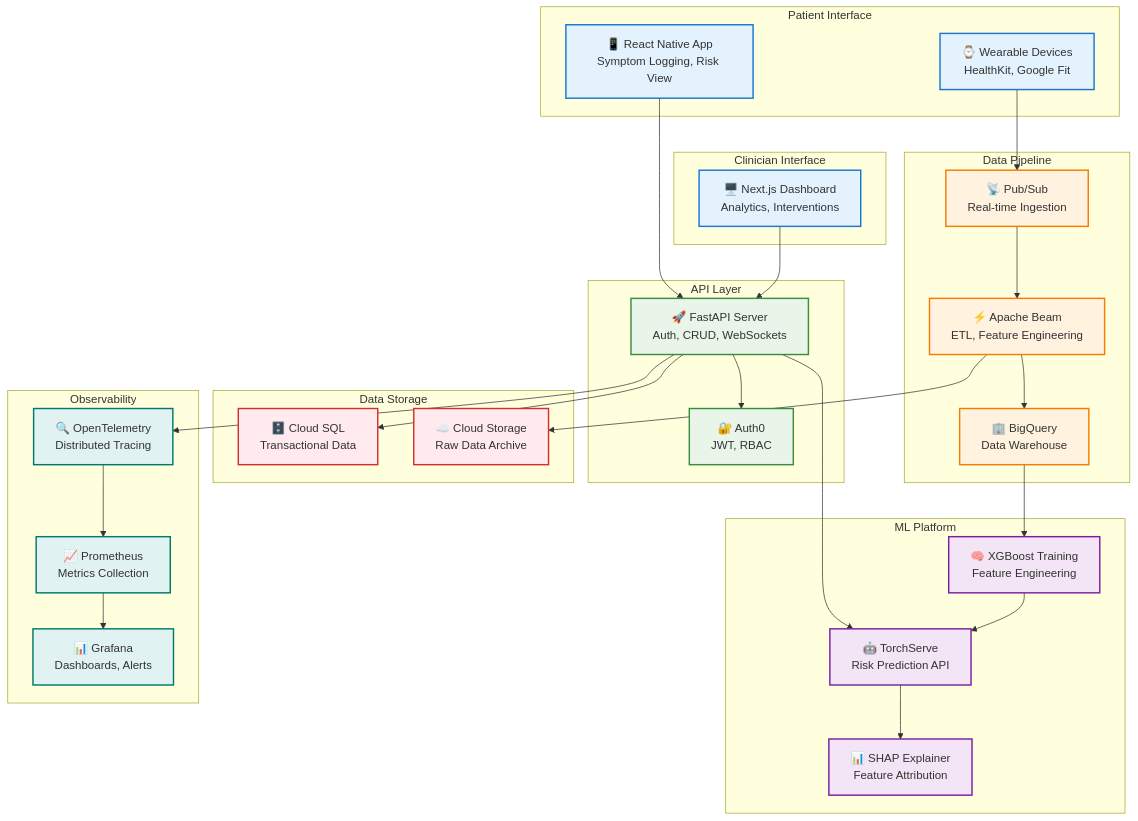
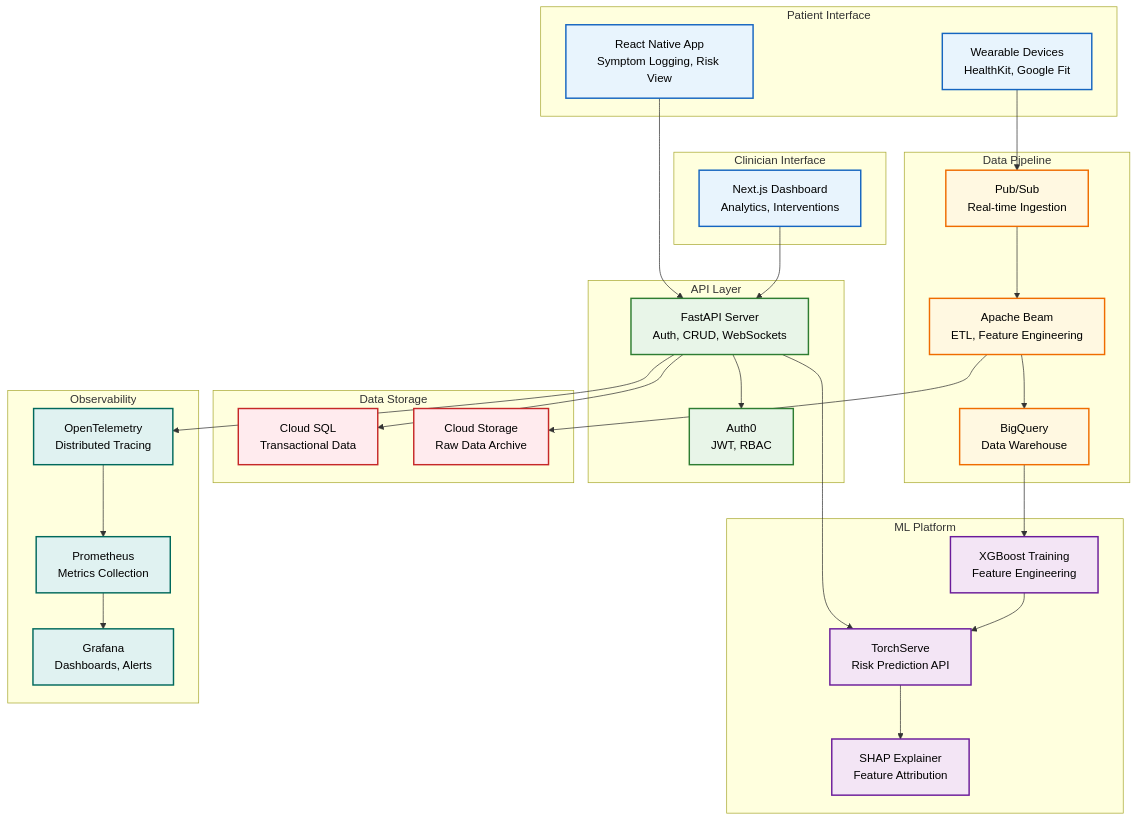
Before and after one commit to PriscillaOng12/Aegis: the first of 7 diagrams in README.md, drawn with Mermaid. The commit also changed other lines of this file, not shown here.

````diff
--- a/README.md
+++ b/README.md
@@ -58,80 +58,80 @@
 ```mermaid
 graph TB
     %% Patient Layer
     subgraph "Patient Interface"
-        Mobile[📱 React Native App<br/>Symptom Logging, Risk View]
-        Wearables[⌚ Wearable Devices<br/>HealthKit, Google Fit]
+        Mobile[React Native App<br/>Symptom Logging, Risk View]
+        Wearables[Wearable Devices<br/>HealthKit, Google Fit]
     end
     
     %% Clinician Layer  
     subgraph "Clinician Interface"
-        Dashboard[🖥️ Next.js Dashboard<br/>Analytics, Interventions]
+        Dashboard[Next.js Dashboard<br/>Analytics, Interventions]
     end
     
     %% API Gateway
     subgraph "API Layer"
-        FastAPI[🚀 FastAPI Server<br/>Auth, CRUD, WebSockets]
-        Auth0[🔐 Auth0<br/>JWT, RBAC]
+        FastAPI[FastAPI Server<br/>Auth, CRUD, WebSockets]
+        Auth0[Auth0<br/>JWT, RBAC]
     end
     
     %% Data Processing
     subgraph "Data Pipeline"
-        PubSub[📡 Pub/Sub<br/>Real-time Ingestion]
-        Beam[⚡ Apache Beam<br/>ETL, Feature Engineering]
-        BigQuery[🏢 BigQuery<br/>Data Warehouse]
+        PubSub[Pub/Sub<br/>Real-time Ingestion]
+        Beam[Apache Beam<br/>ETL, Feature Engineering]
+        BigQuery[BigQuery<br/>Data Warehouse]
     end
     
     %% ML Pipeline
     subgraph "ML Platform"
-        Training[🧠 XGBoost Training<br/>Feature Engineering]
-        Serving[🤖 TorchServe<br/>Risk Prediction API]
-        SHAP[📊 SHAP Explainer<br/>Feature Attribution]
+        Training[XGBoost Training<br/>Feature Engineering]
+        Serving[TorchServe<br/>Risk Prediction API]
+        SHAP[SHAP Explainer<br/>Feature Attribution]
     end
     
     %% Storage
     subgraph "Data Storage"
-        PostgreSQL[🗄️ Cloud SQL<br/>Transactional Data]
-        GCS[☁️ Cloud Storage<br/>Raw Data Archive]
+        PostgreSQL[Cloud SQL<br/>Transactional Data]
+        GCS[Cloud Storage<br/>Raw Data Archive]
     end
     
     %% Monitoring
     subgraph "Observability"
-        Prometheus[📈 Prometheus<br/>Metrics Collection]
-        Grafana[📊 Grafana<br/>Dashboards, Alerts]
-        OpenTel[🔍 OpenTelemetry<br/>Distributed Tracing]
+        Prometheus[Prometheus<br/>Metrics Collection]
+        Grafana[Grafana<br/>Dashboards, Alerts]
+        OpenTel[OpenTelemetry<br/>Distributed Tracing]
     end
     
     %% Connections
     Mobile --> FastAPI
     Wearables --> PubSub
     Dashboard --> FastAPI
     FastAPI --> Auth0
     FastAPI --> PostgreSQL
     FastAPI --> Serving
     
     PubSub --> Beam
     Beam --> BigQuery
     Beam --> GCS
     BigQuery --> Training
     Training --> Serving
     Serving --> SHAP
     
     FastAPI --> OpenTel
     OpenTel --> Prometheus
     Prometheus --> Grafana
     
-    %% Styling
-    classDef interface fill:#E3F2FD,stroke:#1976D2,stroke-width:2px
-    classDef api fill:#E8F5E8,stroke:#388E3C,stroke-width:2px
-    classDef data fill:#FFF3E0,stroke:#F57C00,stroke-width:2px
-    classDef ml fill:#F3E5F5,stroke:#7B1FA2,stroke-width:2px
-    classDef storage fill:#FFEBEE,stroke:#D32F2F,stroke-width:2px
-    classDef monitoring fill:#E0F2F1,stroke:#00796B,stroke-width:2px
+    %% Styling with better contrast
+    classDef interface fill:#E8F4FD,stroke:#1565C0,stroke-width:2px,color:#000000
+    classDef api fill:#E8F5E8,stroke:#2E7D32,stroke-width:2px,color:#000000
+    classDef data fill:#FFF8E1,stroke:#EF6C00,stroke-width:2px,color:#000000
+    classDef ml fill:#F3E5F5,stroke:#6A1B9A,stroke-width:2px,color:#000000
+    classDef storage fill:#FFEBEE,stroke:#C62828,stroke-width:2px,color:#000000
+    classDef monitoring fill:#E0F2F1,stroke:#00695C,stroke-width:2px,color:#000000
     
     class Mobile,Wearables,Dashboard interface
     class FastAPI,Auth0 api
     class PubSub,Beam,BigQuery data
     class Training,Serving,SHAP ml
     class PostgreSQL,GCS storage
     class Prometheus,Grafana,OpenTel monitoring
 ```
````
